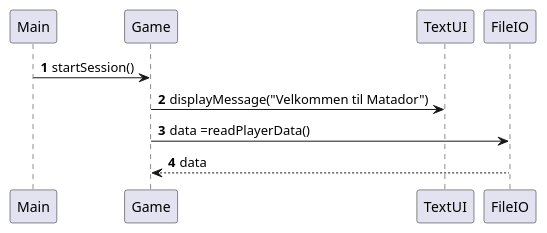
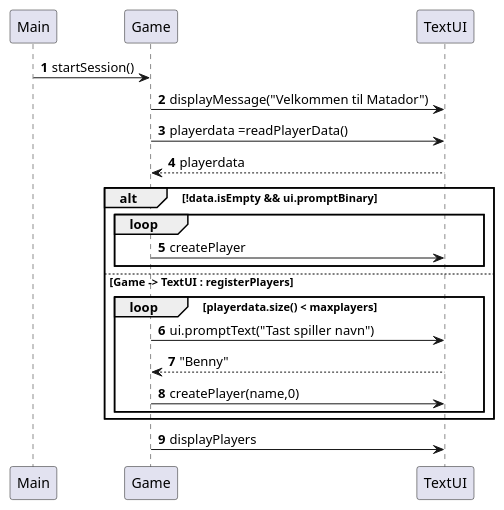
Before and after one commit to Dat1Cphbusiness/MonopolyF26: the diagram in doc/dynamic/sequence_UC1_StartSession.puml, drawn with PlantUML. The commit also changed 3 other files, not shown here.

```diff
--- a/doc/dynamic/sequence_UC1_StartSession.puml
+++ b/doc/dynamic/sequence_UC1_StartSession.puml
@@ -1,19 +1,32 @@
 @startuml
 'https://plantuml.com/sequence-diagram
 
 autonumber
 
 Main -> Game: startSession()
 
 Game -> TextUI: displayMessage("Velkommen til Matador")
 'indsæt kald til readPlayerData i FIleIO
-Game -> FileIO: data =readPlayerData()
-FileIO --> Game: data
+Game -> TextUI: playerdata =readPlayerData()
+return playerdata
 'indsæt betingelse (alt)
+alt !data.isEmpty && ui.promptBinary
+    loop
+        Game -> TextUI : createPlayer
+    end
+else Game -> TextUI : registerPlayers
+     loop playerdata.size() < maxplayers
+         Game -> TextUI : ui.promptText("Tast spiller navn")
+         return "Benny"
+         Game -> TextUI : createPlayer(name,0)
+     end
+end
+Game -> TextUI : displayPlayers
+
   'indsæt loop
 'indsæt kald til createPlayer
 'indsæt kald til registerPlayer
 'indsæt kald til displayPlayers
 
 
 @enduml
```
